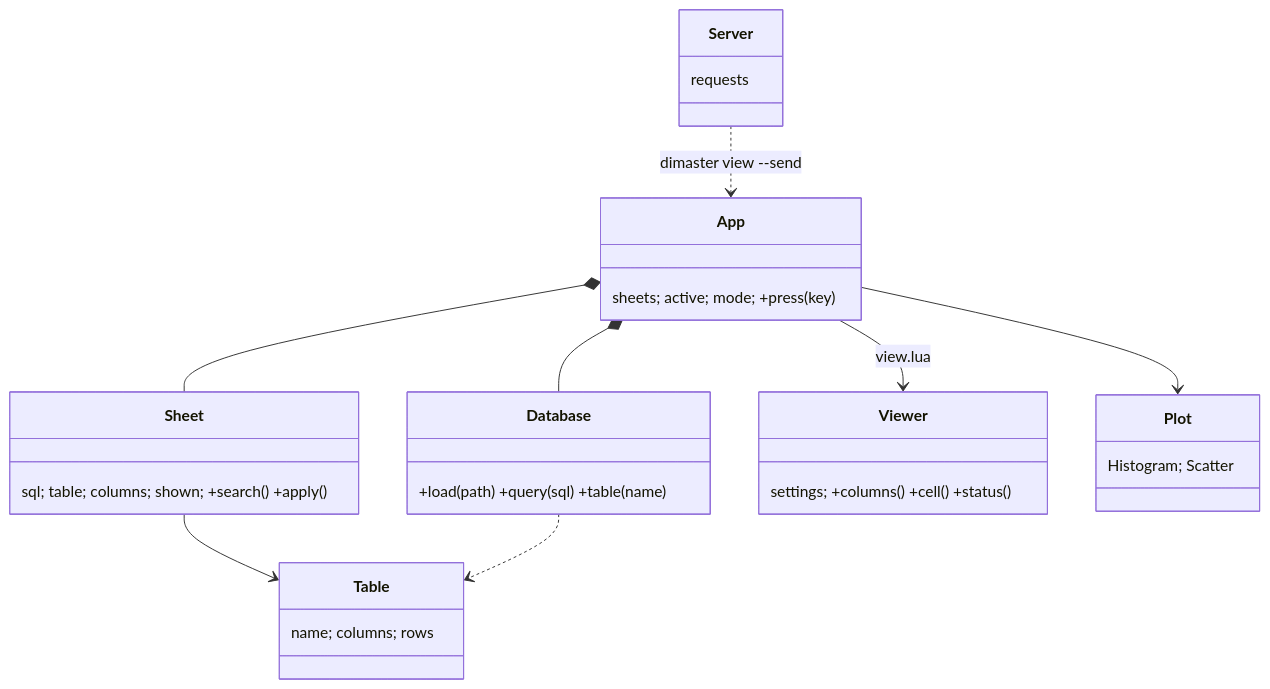
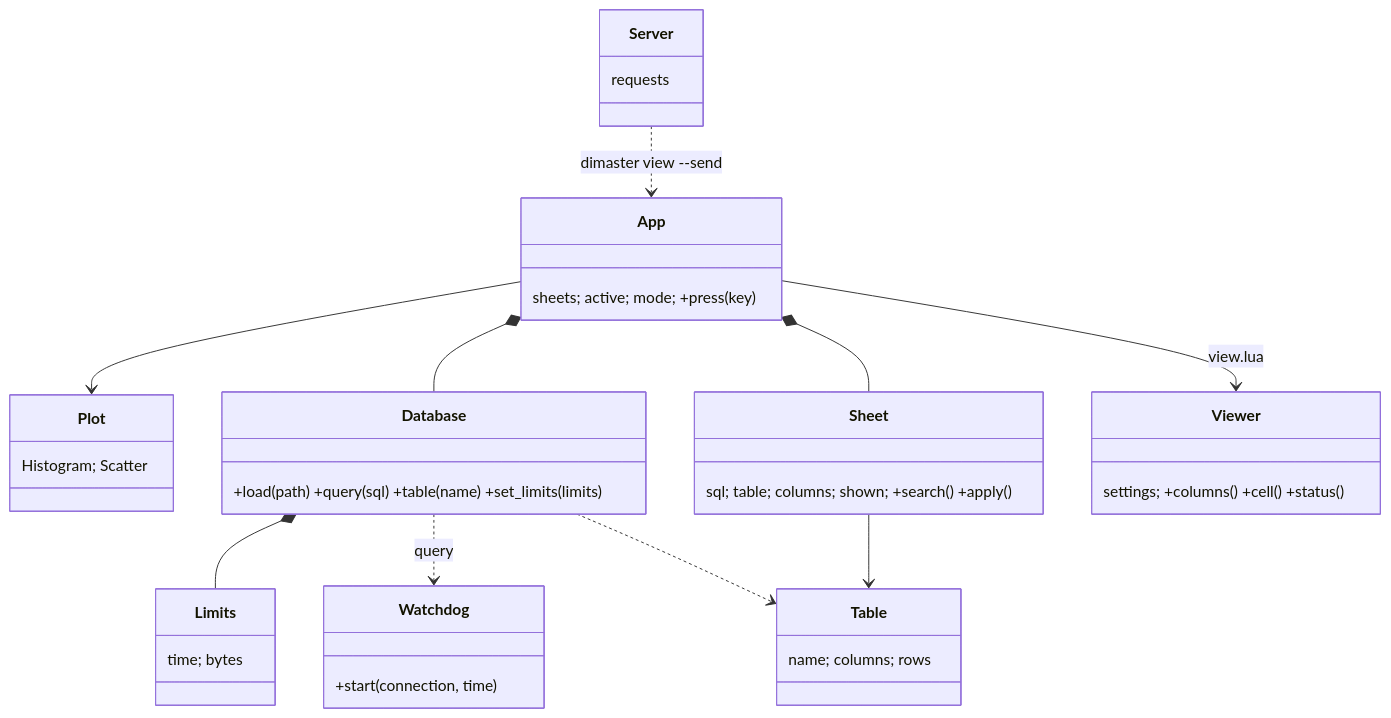
One commit to Utkautka1/DimaSter changed the third of 8 diagrams in docs/UML.md. Above: the diagram before and after it, drawn with Mermaid. The commit also changed other lines of this file and 29 other files, not shown here.

````diff
--- a/docs/UML.md
+++ b/docs/UML.md
@@ -259,17 +264,21 @@
 ```mermaid
 classDiagram
-    class Database { +load(path) +query(sql) +table(name) }
+    class Database { +load(path) +query(sql) +table(name) +set_limits(limits) }
+    class Limits { time; bytes }
+    class Watchdog { +start(connection, time) }
+    Database *-- Limits
+    Database ..> Watchdog : query
     class Table { name; columns; rows }
     class App { sheets; active; mode; +press(key) }
     class Sheet { sql; table; columns; shown; +search() +apply() }
     class Viewer { settings; +columns() +cell() +status() }
     class Plot { Histogram; Scatter }
     class Server { requests }
     App --> Plot
     Server ..> App : dimaster view --send
     App *-- Database
     App *-- Sheet
     App --> Viewer : view.lua
     Sheet --> Table
     Database ..> Table
 ```
````
